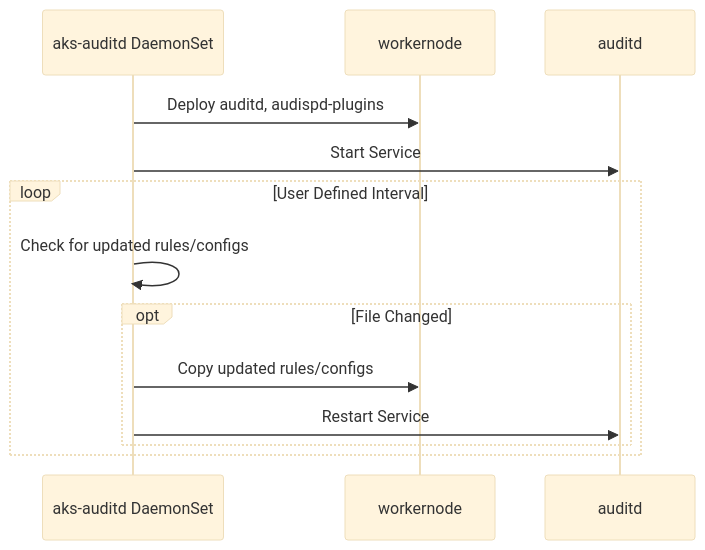
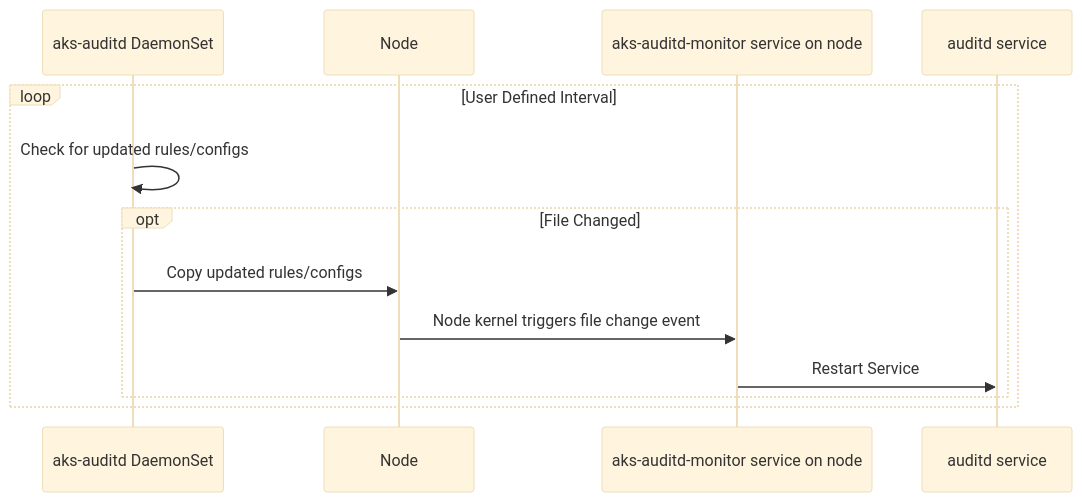
The second of 3 diagrams in README.md (KiPIDesTAN/aks-auditd), drawn with Mermaid (base theme) before and after one commit. The commit also changed other lines of this file and 4 other files, not shown here.

````diff
--- a/README.md
+++ b/README.md
@@ -105,15 +137,16 @@
 ```mermaid
 sequenceDiagram
-  participant aksauditd as aks-auditd DaemonSet
-  participant workernode
-  participant auditd
-  aksauditd->>workernode: Deploy auditd, audispd-plugins
-  aksauditd->>auditd: Start Service
+  participant aksauditdrun as aks-auditd DaemonSet
+  participant workernode as Node
+  participant aksauditdmonitor as aks-auditd-monitor service on node
+  participant auditd as auditd service
+
   loop User Defined Interval
-      aksauditd->>aksauditd: Check for updated rules/configs
+      aksauditdrun->>aksauditdrun: Check for updated rules/configs
     opt File Changed
-      aksauditd->>workernode: Copy updated rules/configs
-      aksauditd->>auditd: Restart Service
+      aksauditdrun->>workernode: Copy updated rules/configs
+      workernode->>aksauditdmonitor: Node kernel triggers file change event
+      aksauditdmonitor->>auditd: Restart Service
     end 
   end
 ```
````
